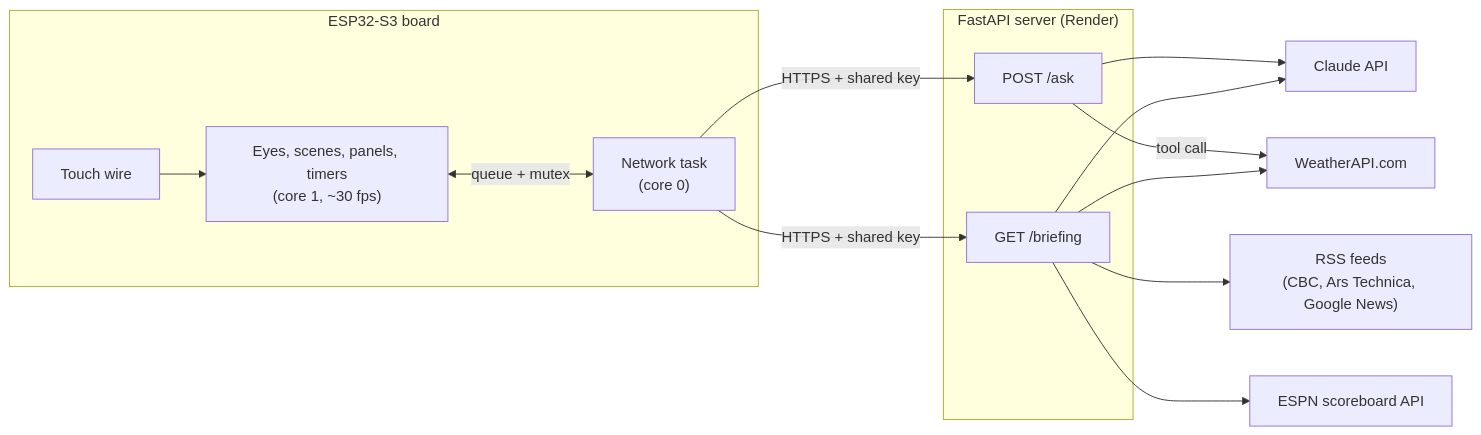
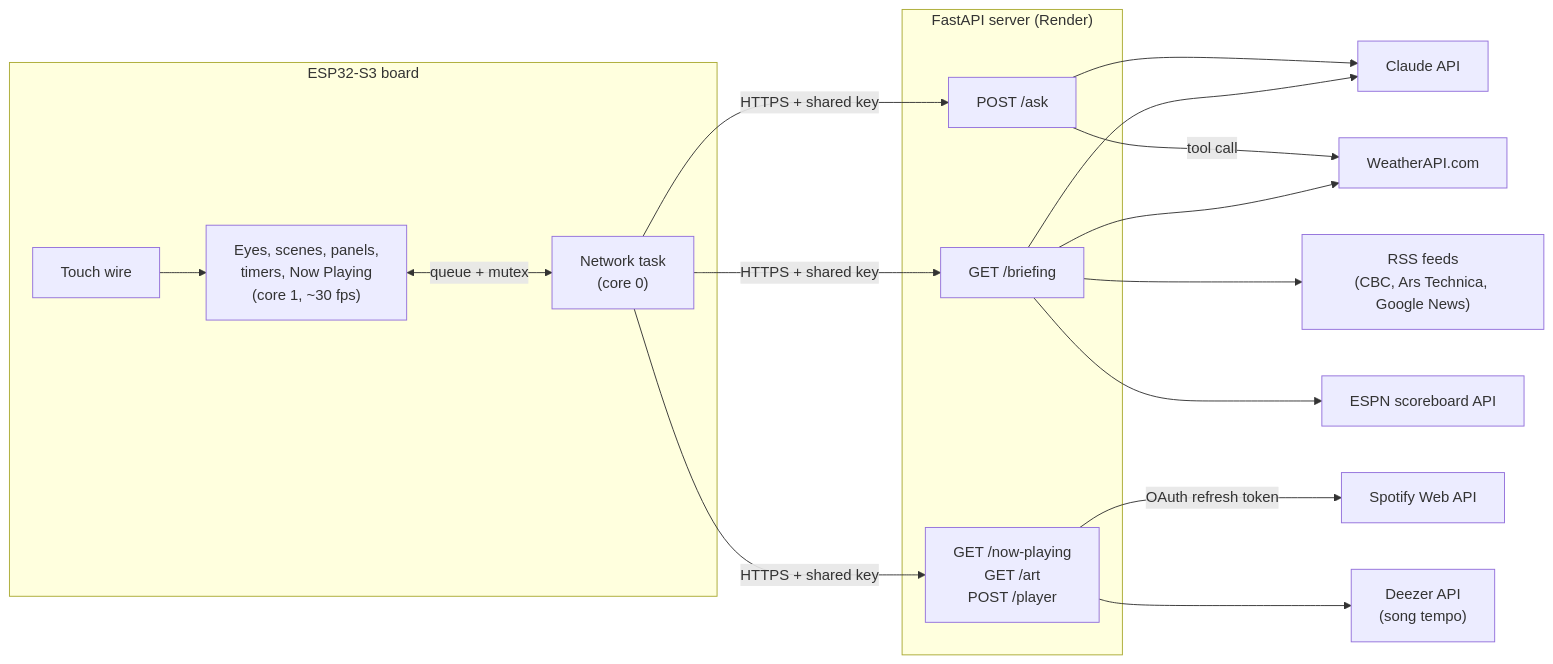
One commit to benhaydu/desk-pet changed the diagram in README.md. Above: the diagram before and after it, drawn with Mermaid. The commit also changed other lines of this file and 1 other file, not shown here.

Commit message:
Update the README for Now Playing, and rename the briefing replay to /replay

````diff
--- a/README.md
+++ b/README.md
@@ -18,27 +20,33 @@
 ```mermaid
 flowchart LR
     subgraph Board["ESP32-S3 board"]
-        UI["Eyes, scenes, panels, timers<br/>(core 1, ~30 fps)"]
+        UI["Eyes, scenes, panels,<br/>timers, Now Playing<br/>(core 1, ~30 fps)"]
         Net["Network task<br/>(core 0)"]
         Touch["Touch wire"]
     end
     subgraph Server["FastAPI server (Render)"]
         Ask["POST /ask"]
         Brief["GET /briefing"]
+        Music["GET /now-playing<br/>GET /art<br/>POST /player"]
     end
     Claude["Claude API"]
     Weather["WeatherAPI.com"]
     News["RSS feeds<br/>(CBC, Ars Technica, Google News)"]
     Sports["ESPN scoreboard API"]
+    Spotify["Spotify Web API"]
+    Deezer["Deezer API<br/>(song tempo)"]
 
     Touch --> UI
     UI <-->|queue + mutex| Net
     Net -->|HTTPS + shared key| Ask
     Net -->|HTTPS + shared key| Brief
+    Net -->|HTTPS + shared key| Music
     Ask --> Claude
     Ask -->|tool call| Weather
     Brief --> Weather
     Brief --> News
     Brief --> Sports
     Brief --> Claude
+    Music -->|OAuth refresh token| Spotify
+    Music --> Deezer
 ```
````
